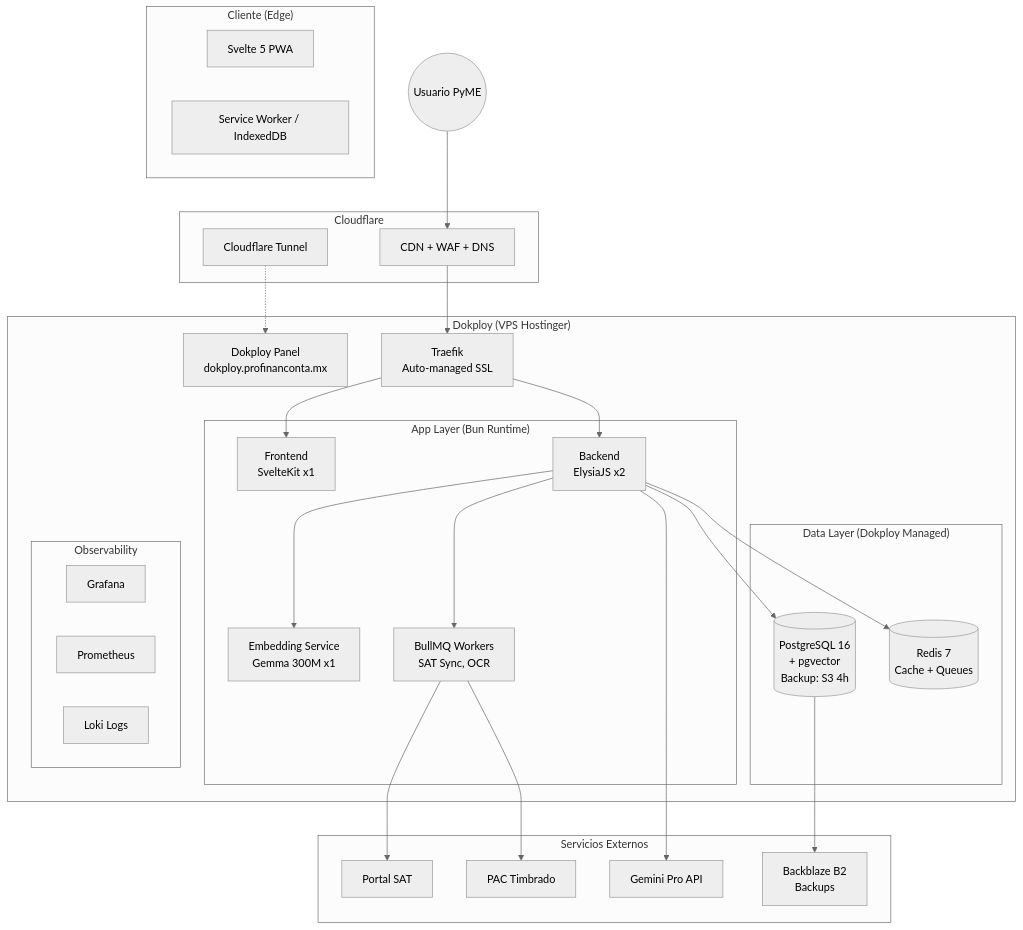
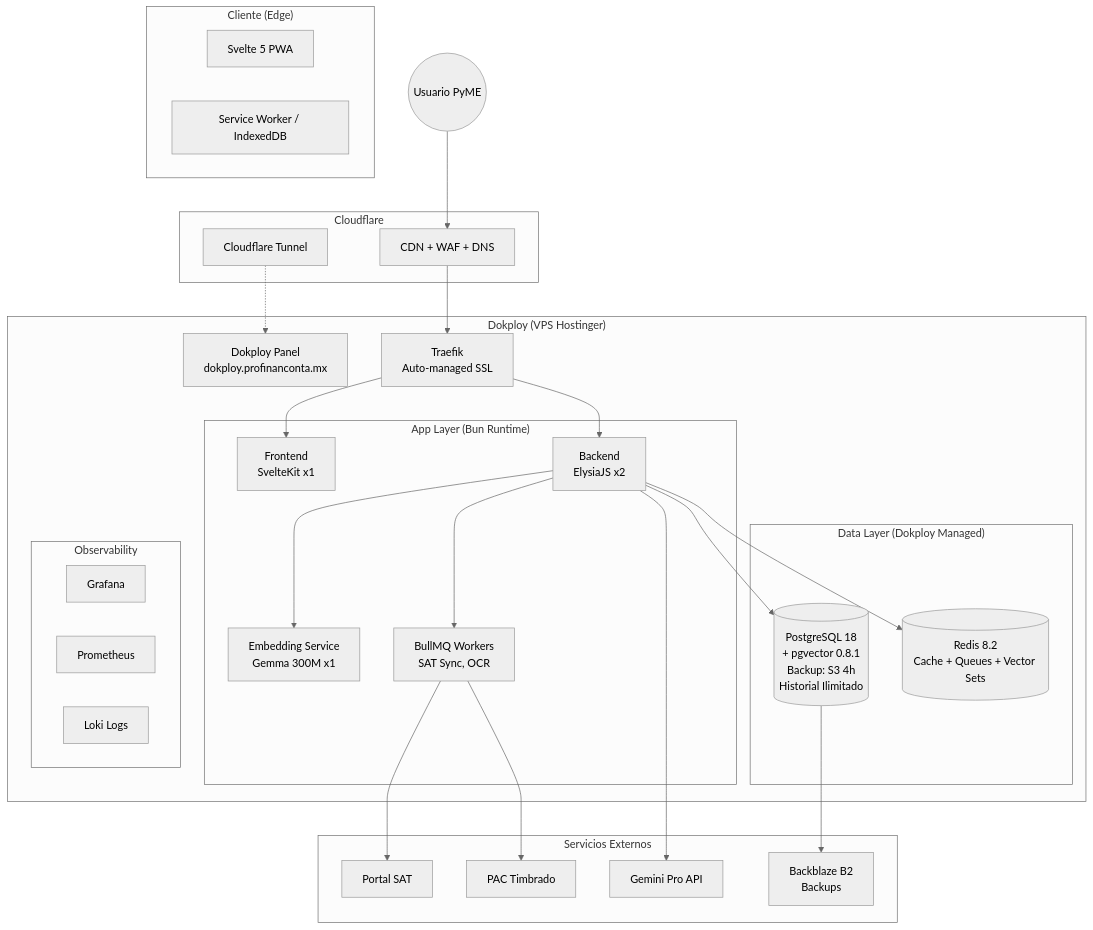
One commit to UnivCabrera/mibiyuyo changed the first of 3 diagrams in 00_ARQUITECTURA_CENTRAL/02_BLUEPRINTS_VISUALES.md. Above: the diagram before and after it, drawn with Mermaid (neutral theme). The commit also changed other lines of this file and 4 other files, not shown here.

````diff
--- a/00_ARQUITECTURA_CENTRAL/02_BLUEPRINTS_VISUALES.md
+++ b/00_ARQUITECTURA_CENTRAL/02_BLUEPRINTS_VISUALES.md
@@ -8,58 +10,58 @@
 ```mermaid
 graph TD
     User((Usuario PyME))
 
     subgraph "Cliente (Edge)"
         PWA[Svelte 5 PWA]
         Offline[Service Worker / IndexedDB]
     end
 
     subgraph "Cloudflare"
         CF[CDN + WAF + DNS]
         Tunnel[Cloudflare Tunnel]
     end
 
     subgraph "Dokploy (VPS Hostinger)"
         Panel[Dokploy Panel<br/>dokploy.profinanconta.mx]
         Proxy[Traefik<br/>Auto-managed SSL]
 
         subgraph "App Layer (Bun Runtime)"
             Frontend[Frontend<br/>SvelteKit x1]
             API[Backend<br/>ElysiaJS x2]
             Embedding[Embedding Service<br/>Gemma 300M x1]
             Worker[BullMQ Workers<br/>SAT Sync, OCR]
         end
 
         subgraph "Data Layer (Dokploy Managed)"
-            DB[(PostgreSQL 16<br/>+ pgvector<br/>Backup: S3 4h)]
-            Cache[(Redis 7<br/>Cache + Queues)]
+            DB[(PostgreSQL 18<br/>+ pgvector 0.8.1<br/>Backup: S3 4h<br/>Historial Ilimitado)]
+            Cache[(Redis 8.2<br/>Cache + Queues + Vector Sets)]
         end
 
         subgraph "Observability"
             Grafana[Grafana]
             Prom[Prometheus]
             Loki[Loki Logs]
         end
     end
 
     subgraph "Servicios Externos"
         SAT_Web[Portal SAT]
         PAC[PAC Timbrado]
         AI[Gemini Pro API]
         S3[Backblaze B2<br/>Backups]
     end
 
     User --> CF
     CF --> Proxy
     Tunnel -.-> Panel
     Proxy --> Frontend
     Proxy --> API
     API --> DB
     API --> Cache
     API --> Worker
     Worker --> SAT_Web
     Worker --> PAC
     API --> AI
     API --> Embedding
     DB --> S3
 ```
````
